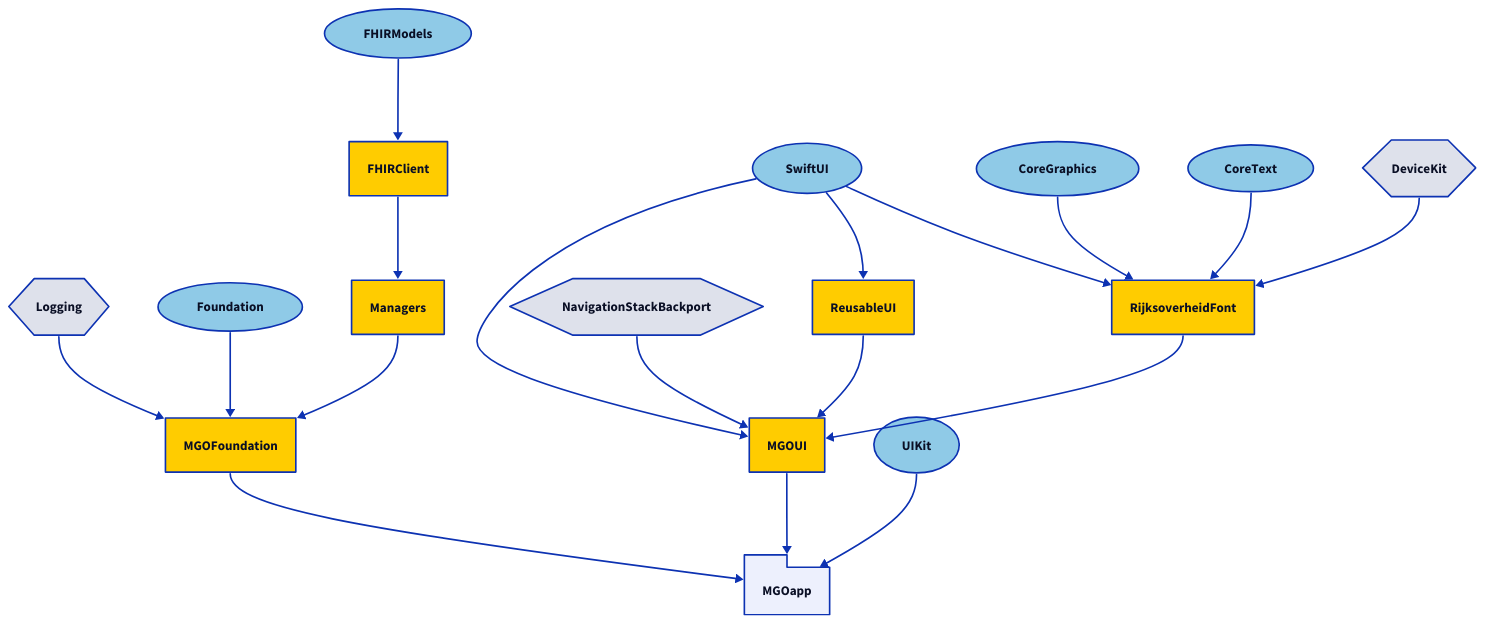
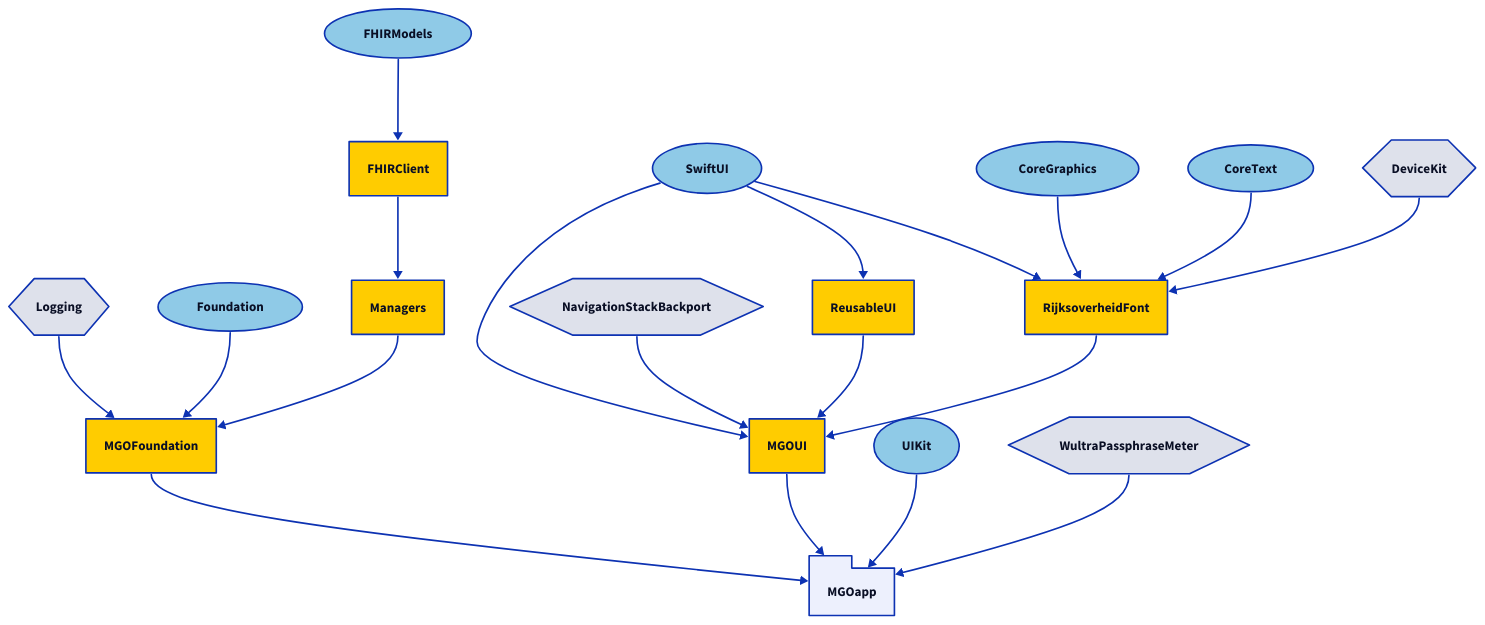
The diagram in Diagrams/packages-withouttests.d2 (minvws/nl-mgo-app-ios), drawn with D2 before and after one commit. The commit also changed 1 other file, not shown here.

Commit message:
docs: Updated dependency graph

```diff
--- a/Diagrams/packages-withouttests.d2
+++ b/Diagrams/packages-withouttests.d2
@@ -1,76 +1,80 @@
 direction: down
 
 # Apple
 UIKit: {
   shape: oval
   style.fill: "#8FCAE7"
 }
 SwiftUI: {
   shape: oval
   style.fill: "#8FCAE7"
 }
 Foundation: {
   shape: oval
   style.fill: "#8FCAE7"
 }
 CoreGraphics: {
   shape: oval
   style.fill: "#8FCAE7"
 }
 CoreText: {
   shape: oval
   style.fill: "#8FCAE7"
 }
 FHIRModels: {
   shape: oval
   style.fill: "#8FCAE7"
 }
 
 # Third-Party
 NavigationStackBackport: {
   shape: hexagon
 }
 Logging: {
   shape: hexagon
 }
 DeviceKit: {
   shape: hexagon
 }
+WultraPassphraseMeter: {
+  shape: hexagon
+}
 
 # The application
 
 MGOapp: {
   shape: package
 }
 
 MGOapp <- MGOFoundation
 MGOapp <- MGOUI
 MGOapp <- UIKit
+MGOapp <- WultraPassphraseMeter
 
 # - Packages -
 
 MGOFoundation { style.fill: "#ffcc00" }
 MGOFoundation <- Logging
 MGOFoundation <- Foundation
 MGOFoundation <- Managers
 
 MGOUI { style.fill: "#ffcc00" }
 MGOUI <- SwiftUI
 MGOUI <- NavigationStackBackport
 MGOUI <- ReusableUI
 MGOUI <- RijksoverheidFont
 
 Managers { style.fill: "#ffcc00" }
 Managers <- FHIRClient
 
 RijksoverheidFont { style.fill: "#ffcc00" }
 RijksoverheidFont <- SwiftUI
 RijksoverheidFont <- CoreGraphics
 RijksoverheidFont <- CoreText
 RijksoverheidFont <- DeviceKit
 
 ReusableUI { style.fill: "#ffcc00" }
 ReusableUI <- SwiftUI
 
 FHIRClient { style.fill: "#ffcc00" }
 FHIRClient <- FHIRModels
```
